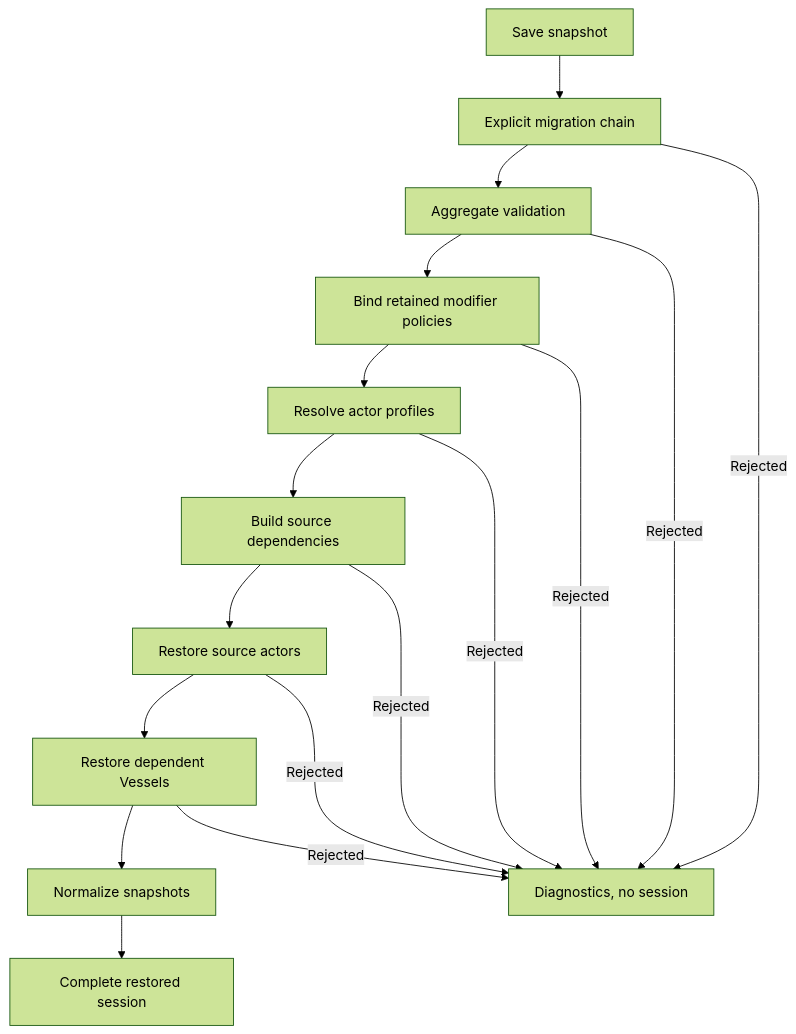
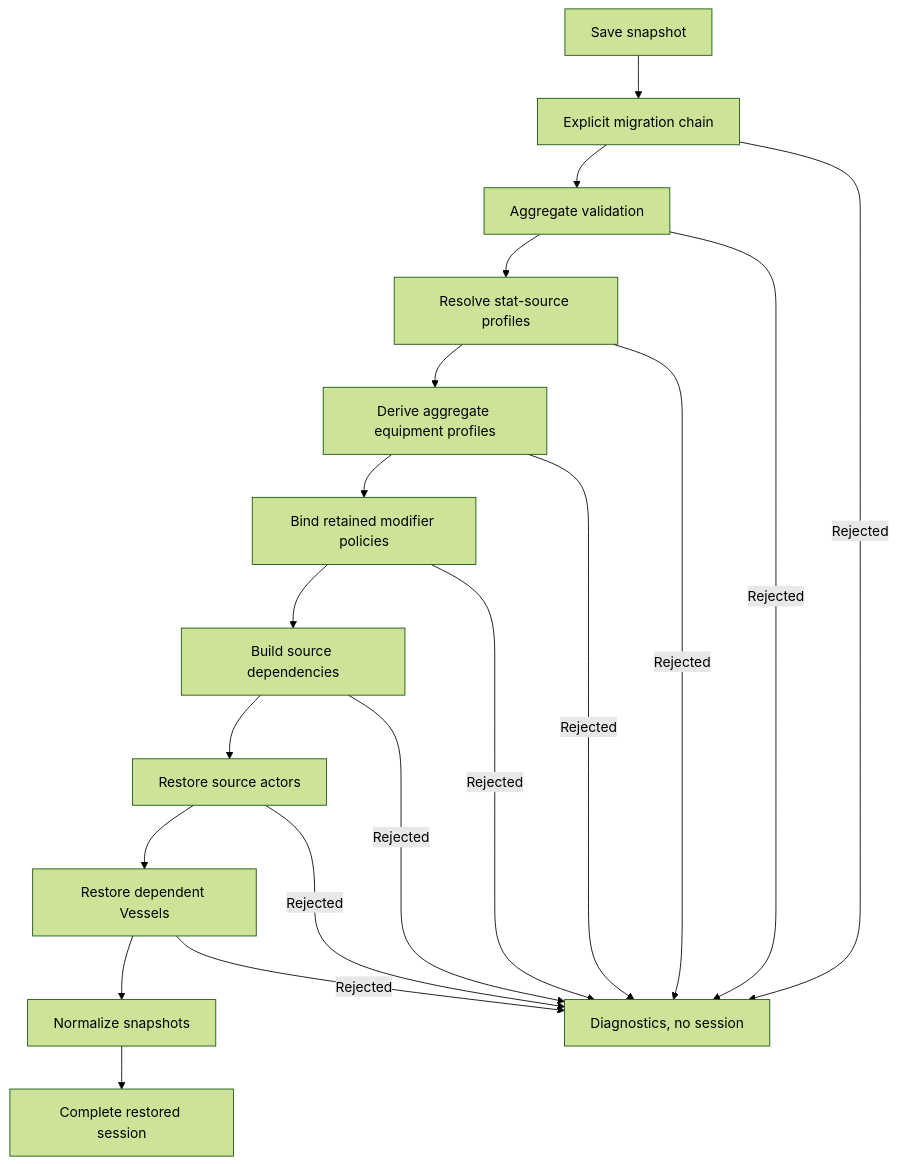
The fourth of 4 diagrams in docs/technical/runtime-actor-state-and-restoration.md (KayelC/Convergence), drawn with Mermaid (forest theme) before and after one commit. The commit also changed other lines of this file and 14 other files, not shown here.

Commit message:
runtime: derive equipment during session restore

````diff
--- a/docs/technical/runtime-actor-state-and-restoration.md
+++ b/docs/technical/runtime-actor-state-and-restoration.md
@@ -364,19 +366,21 @@
 ```mermaid
 flowchart TD
     Input["Save snapshot"] --> Migration["Explicit migration chain"]
     Migration --> Validation["Aggregate validation"]
-    Validation --> Modifiers["Bind retained modifier policies"]
-    Modifiers --> Profiles["Resolve actor profiles"]
-    Profiles --> Graph["Build source dependencies"]
+    Validation --> Profiles["Resolve stat-source profiles"]
+    Profiles --> Equipment["Derive aggregate equipment profiles"]
+    Equipment --> Modifiers["Bind retained modifier policies"]
+    Modifiers --> Graph["Build source dependencies"]
     Graph --> RestoreSources["Restore source actors"]
     RestoreSources --> RestoreVessels["Restore dependent Vessels"]
     RestoreVessels --> Normalize["Normalize snapshots"]
     Normalize --> Success["Complete restored session"]
     Migration -->|Rejected| Failure["Diagnostics, no session"]
     Validation -->|Rejected| Failure
+    Profiles -->|Rejected| Failure
+    Equipment -->|Rejected| Failure
     Modifiers -->|Rejected| Failure
-    Profiles -->|Rejected| Failure
     Graph -->|Rejected| Failure
     RestoreSources -->|Rejected| Failure
     RestoreVessels -->|Rejected| Failure
 ```
````
